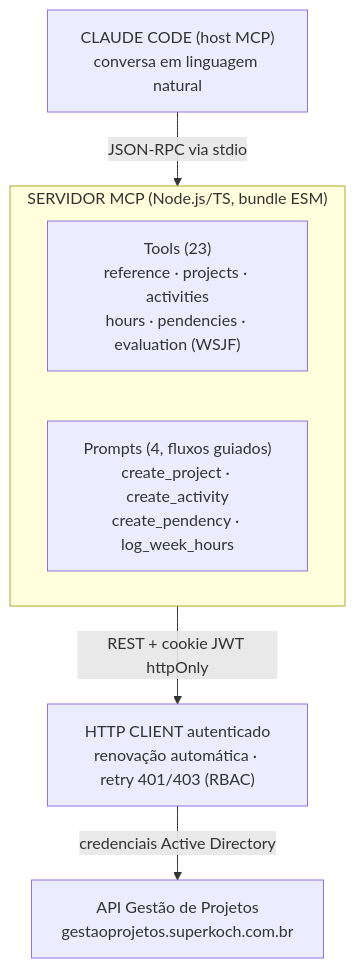
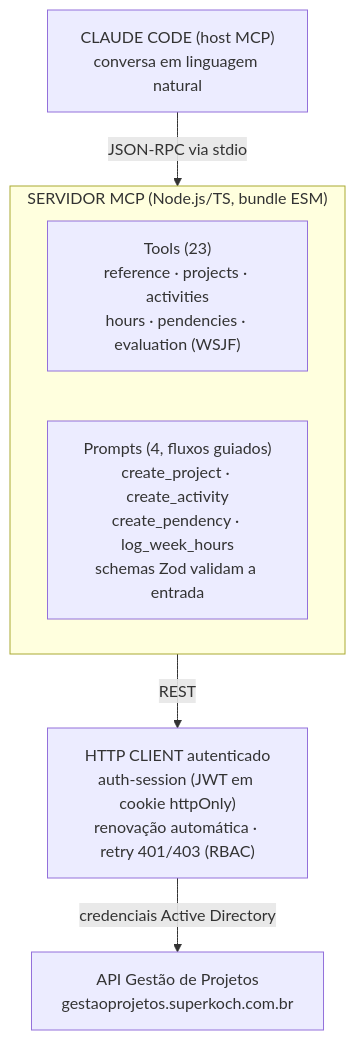
One commit to cristiangiehl1/my-website changed the diagram in public/posts/gestao-de-projetos-mcp.md. Above: the diagram before and after it, drawn with Mermaid. The commit also changed 1 other file, not shown here.

Commit message:
docs(web): restore dropped Zod-validation and JWT-cookie detail in MCP diagram

````diff
--- a/public/posts/gestao-de-projetos-mcp.md
+++ b/public/posts/gestao-de-projetos-mcp.md
@@ -33,11 +33,11 @@
 ```mermaid
 flowchart TD
     A["CLAUDE CODE (host MCP)<br/>conversa em linguagem natural"] -->|JSON-RPC via stdio| B
     subgraph B["SERVIDOR MCP (Node.js/TS, bundle ESM)"]
         direction LR
         T["Tools (23)<br/>reference · projects · activities<br/>hours · pendencies · evaluation (WSJF)"]
-        P["Prompts (4, fluxos guiados)<br/>create_project · create_activity<br/>create_pendency · log_week_hours"]
+        P["Prompts (4, fluxos guiados)<br/>create_project · create_activity<br/>create_pendency · log_week_hours<br/>schemas Zod validam a entrada"]
     end
-    B -->|REST + cookie JWT httpOnly| C["HTTP CLIENT autenticado<br/>renovação automática · retry 401/403 (RBAC)"]
+    B -->|REST| C["HTTP CLIENT autenticado<br/>auth-session (JWT em cookie httpOnly)<br/>renovação automática · retry 401/403 (RBAC)"]
     C -->|credenciais Active Directory| D["API Gestão de Projetos<br/>gestaoprojetos.superkoch.com.br"]
 ```
````
